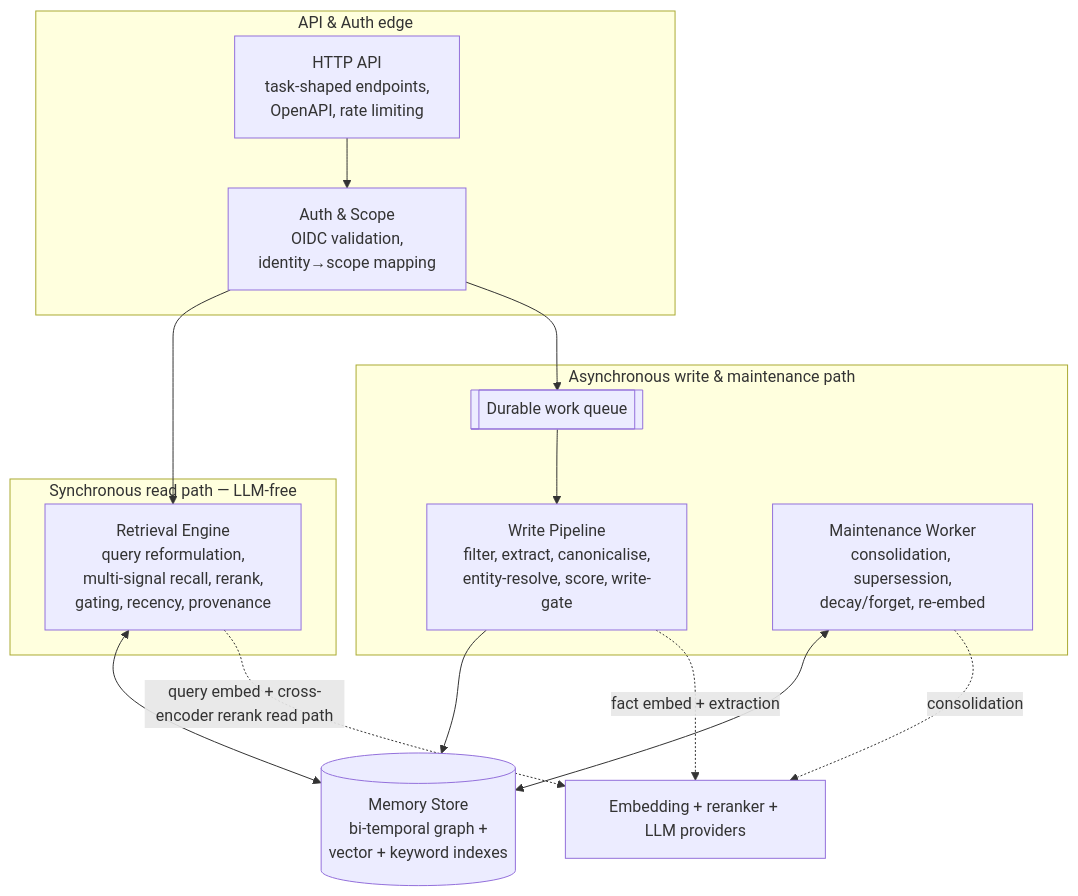
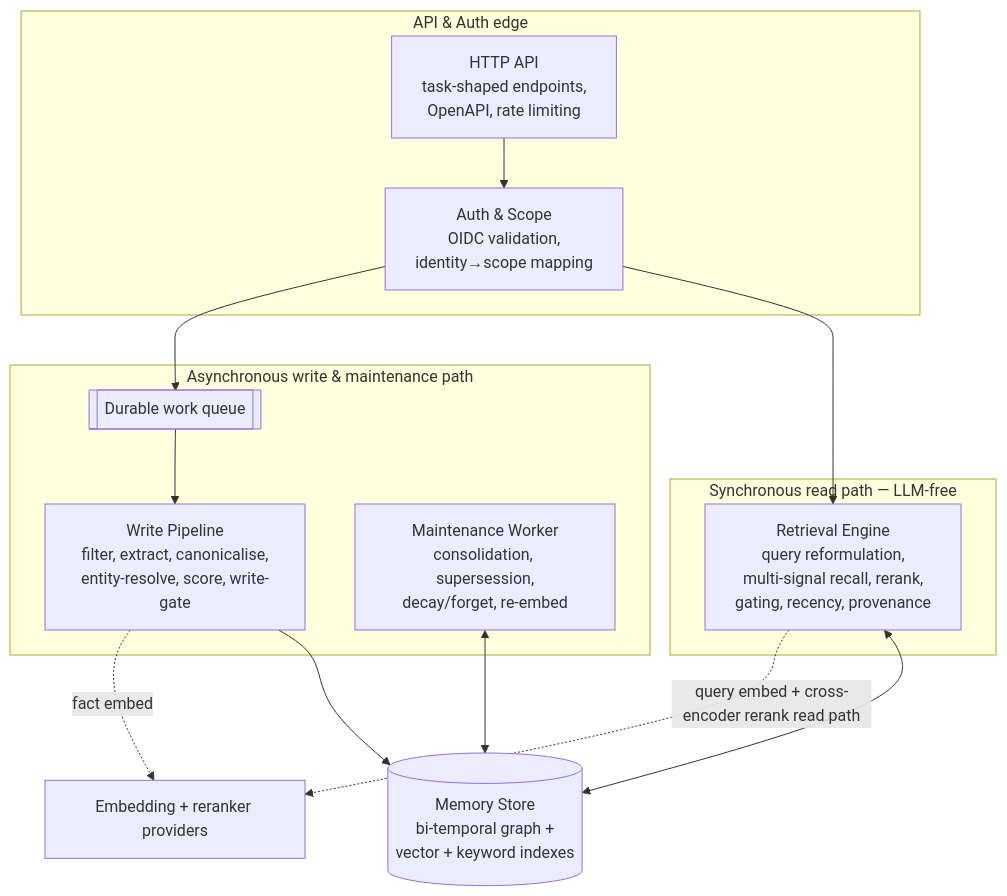
One commit to gatblau/recall changed the diagram in docs/design/agentic-memory/02-architecture.md. Above: the diagram before and after it, drawn with Mermaid. The commit also changed other lines of this file and 45 other files, not shown here.

First line of the commit message:
feat(recall): LLM-free — extraction & consolidation move to the agent (ADR-015)

````diff
--- a/docs/design/agentic-memory/02-architecture.md
+++ b/docs/design/agentic-memory/02-architecture.md
@@ -10,30 +10,29 @@
 ```mermaid
 flowchart TB
     subgraph api[API & Auth edge]
         gw[HTTP API<br/>task-shaped endpoints,<br/>OpenAPI, rate limiting]
         authz[Auth & Scope<br/>OIDC validation,<br/>identity→scope mapping]
     end
 
     subgraph read[Synchronous read path — LLM-free]
         retr[Retrieval Engine<br/>query reformulation,<br/>multi-signal recall, rerank,<br/>gating, recency, provenance]
     end
 
     subgraph write[Asynchronous write & maintenance path]
         queue[[Durable work queue]]
         wpipe[Write Pipeline<br/>filter, extract, canonicalise,<br/>entity-resolve, score, write-gate]
         maint[Maintenance Worker<br/>consolidation, supersession,<br/>decay/forget, re-embed]
     end
 
     store[(Memory Store<br/>bi-temporal graph +<br/>vector + keyword indexes)]
 
     gw --> authz
     authz --> retr
     authz --> queue
     queue --> wpipe
     wpipe --> store
     maint <--> store
     retr <--> store
     retr -. query embed + cross-encoder rerank read path .-> ext1
-    wpipe -. fact embed + extraction .-> ext1[Embedding + reranker + LLM providers]
-    maint -. consolidation .-> ext1
+    wpipe -. fact embed .-> ext1[Embedding + reranker providers]
 ```
````
